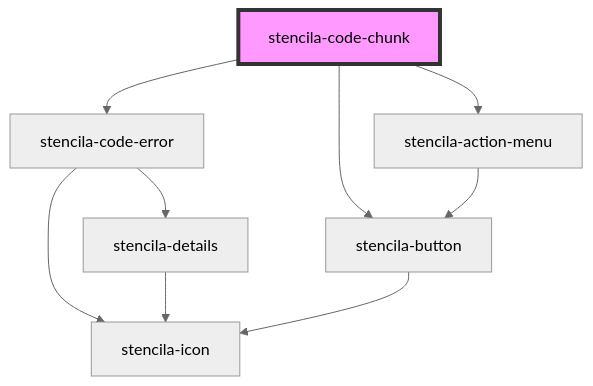
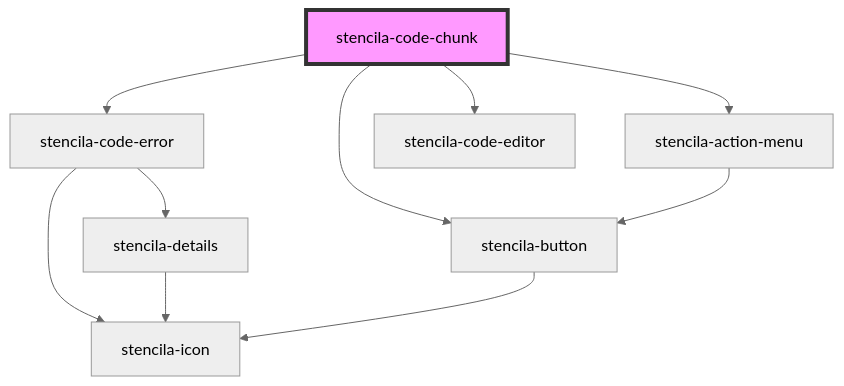
Before and after one commit to stencila/designa: the diagram in packages/components/src/components/codeChunk/readme.md, drawn with Mermaid (neutral theme). The commit also changed other lines of this file and 2 other files, not shown here.

Commit message:
refactor(CodeChunk): Extract CodeEditor component from CodeChunk

````diff
--- a/packages/components/src/components/codeChunk/readme.md
+++ b/packages/components/src/components/codeChunk/readme.md
@@ -44,12 +45,13 @@
 ```mermaid
 graph TD;
   stencila-code-chunk --> stencila-code-error
   stencila-code-chunk --> stencila-action-menu
   stencila-code-chunk --> stencila-button
+  stencila-code-chunk --> stencila-code-editor
   stencila-code-error --> stencila-icon
   stencila-code-error --> stencila-details
   stencila-details --> stencila-icon
   stencila-action-menu --> stencila-button
   stencila-button --> stencila-icon
   style stencila-code-chunk fill:#f9f,stroke:#333,stroke-width:4px
 ```
````
